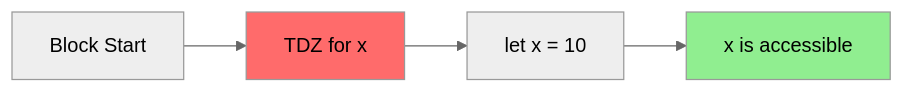
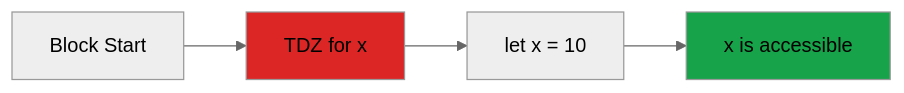
One commit to upasanaprabhakar/web-dev-handbook changed the second of 2 diagrams in javascript/hoisting/README.md. Above: the diagram before and after it, drawn with Mermaid (neutral theme). The commit also changed other lines of this file, not shown here.

````diff
--- a/javascript/hoisting/README.md
+++ b/javascript/hoisting/README.md
@@ -101,9 +101,9 @@
 ```mermaid
 graph LR
     A[Block Start] --> B[TDZ for x]
     B --> C[let x = 10]
     C --> D[x is accessible]
     
-    style B fill:#FF6B6B
-    style D fill:#90EE90
+    style B fill:#DC2626
+    style D fill:#16A34A
 ```
````
